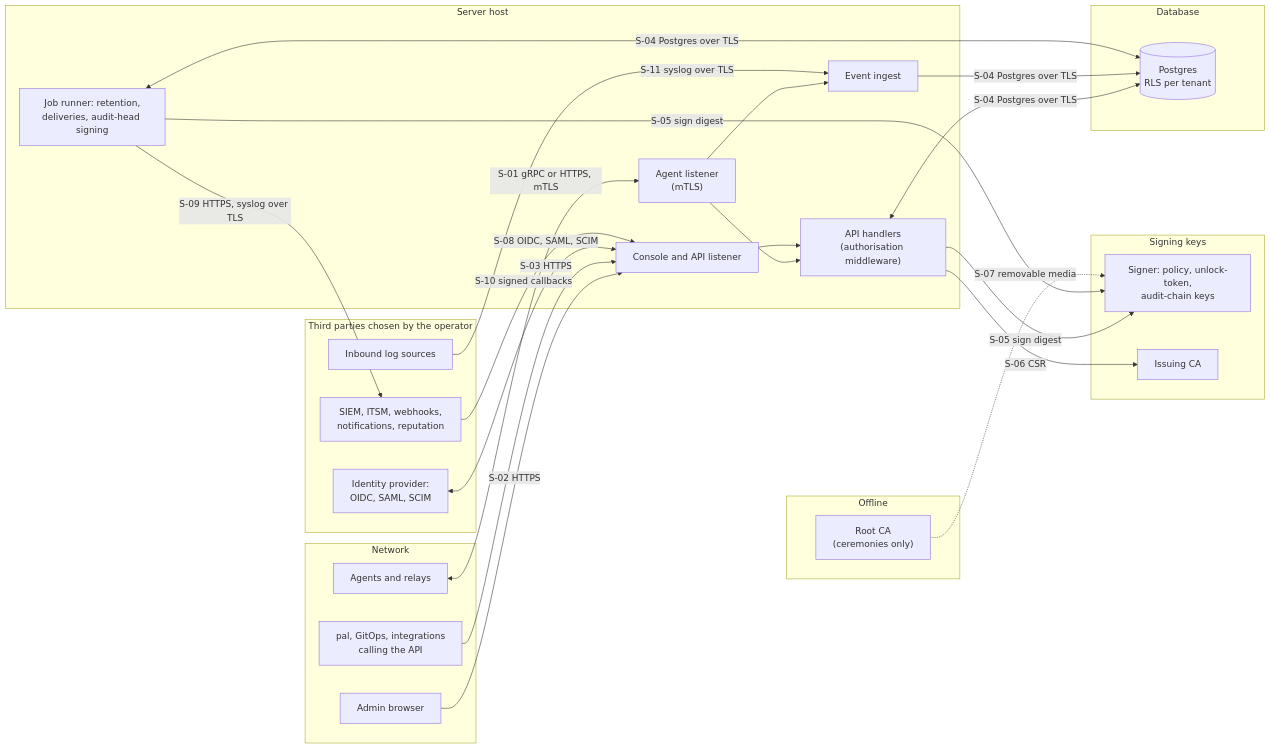
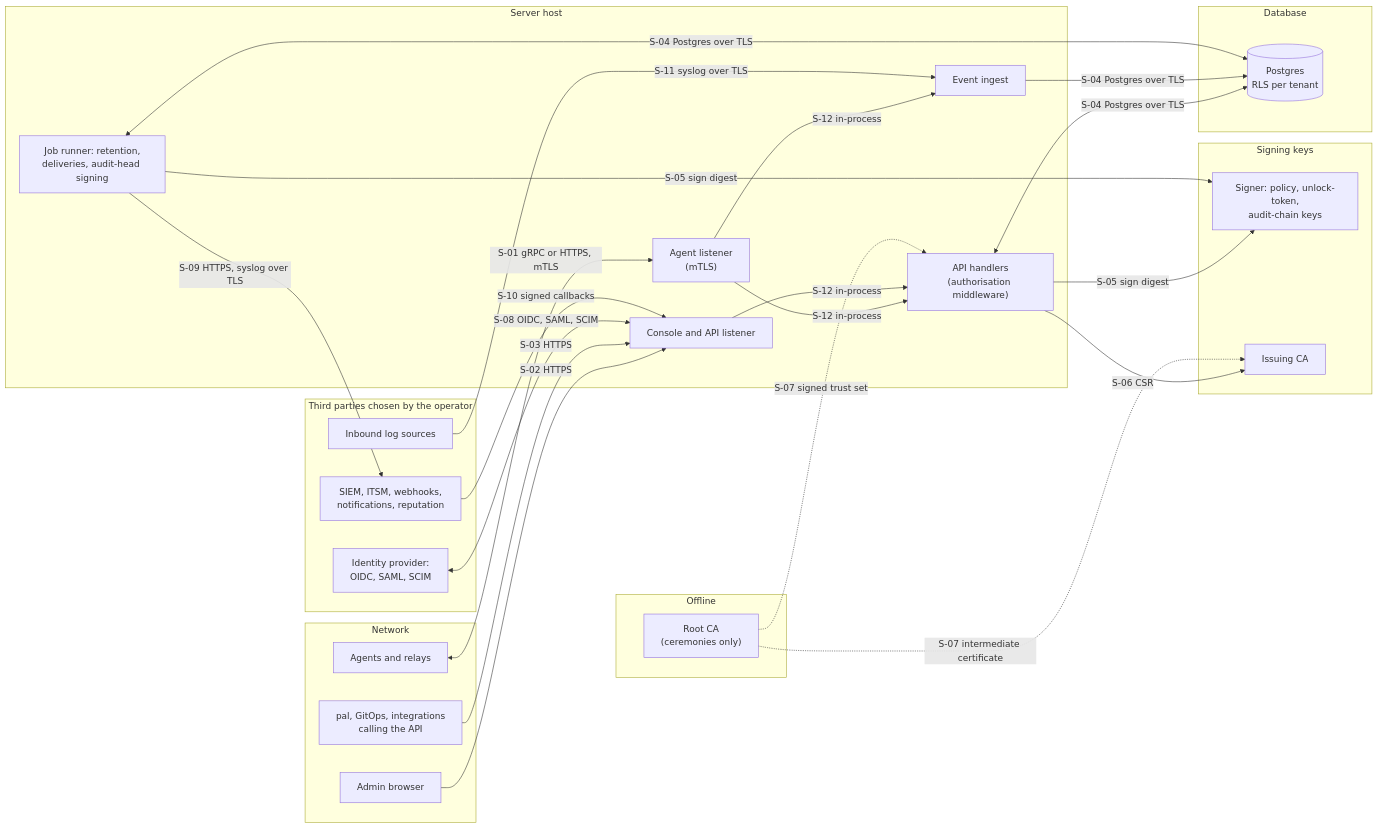
The third of 6 diagrams in docs/security/threat-model.md (jusso-dev/palisade), drawn with Mermaid before and after one commit. The commit also changed other lines of this file, not shown here.

````diff
--- a/docs/security/threat-model.md
+++ b/docs/security/threat-model.md
@@ -312,47 +320,48 @@
 ```mermaid
 flowchart LR
   subgraph NETZ["Network"]
     AG["Agents and relays"]
     BR["Admin browser"]
     APIC["pal, GitOps, integrations<br/>calling the API"]
   end
   subgraph SRVZ["Server host"]
     AL["Agent listener<br/>(mTLS)"]
     WL["Console and API listener"]
     API["API handlers<br/>(authorisation middleware)"]
     ING["Event ingest"]
     JOBS["Job runner: retention,<br/>deliveries, audit-head signing"]
   end
   subgraph DBZ["Database"]
     DB[("Postgres<br/>RLS per tenant")]
   end
   subgraph KEYZ["Signing keys"]
     SIG["Signer: policy, unlock-token,<br/>audit-chain keys"]
     ICA["Issuing CA"]
   end
   subgraph OFF["Offline"]
     ROOT["Root CA<br/>(ceremonies only)"]
   end
   subgraph EXTZ["Third parties chosen by the operator"]
     IDP["Identity provider:<br/>OIDC, SAML, SCIM"]
     OUT["SIEM, ITSM, webhooks,<br/>notifications, reputation"]
     LOGS["Inbound log sources"]
   end
   AG <-->|"S-01 gRPC or HTTPS, mTLS"| AL
   BR -->|"S-02 HTTPS"| WL
   APIC -->|"S-03 HTTPS"| WL
-  AL --> API
-  WL --> API
-  AL --> ING
+  AL -->|"S-12 in-process"| API
+  WL -->|"S-12 in-process"| API
+  AL -->|"S-12 in-process"| ING
   API <-->|"S-04 Postgres over TLS"| DB
   ING -->|"S-04 Postgres over TLS"| DB
   JOBS <-->|"S-04 Postgres over TLS"| DB
   API -->|"S-05 sign digest"| SIG
   JOBS -->|"S-05 sign digest"| SIG
   API -->|"S-06 CSR"| ICA
-  ROOT -.->|"S-07 removable media"| SIG
+  ROOT -.->|"S-07 intermediate certificate"| ICA
+  ROOT -.->|"S-07 signed trust set"| API
   IDP <-->|"S-08 OIDC, SAML, SCIM"| WL
   JOBS -->|"S-09 HTTPS, syslog over TLS"| OUT
   OUT -->|"S-10 signed callbacks"| WL
   LOGS -->|"S-11 syslog over TLS"| ING
 ```
````
